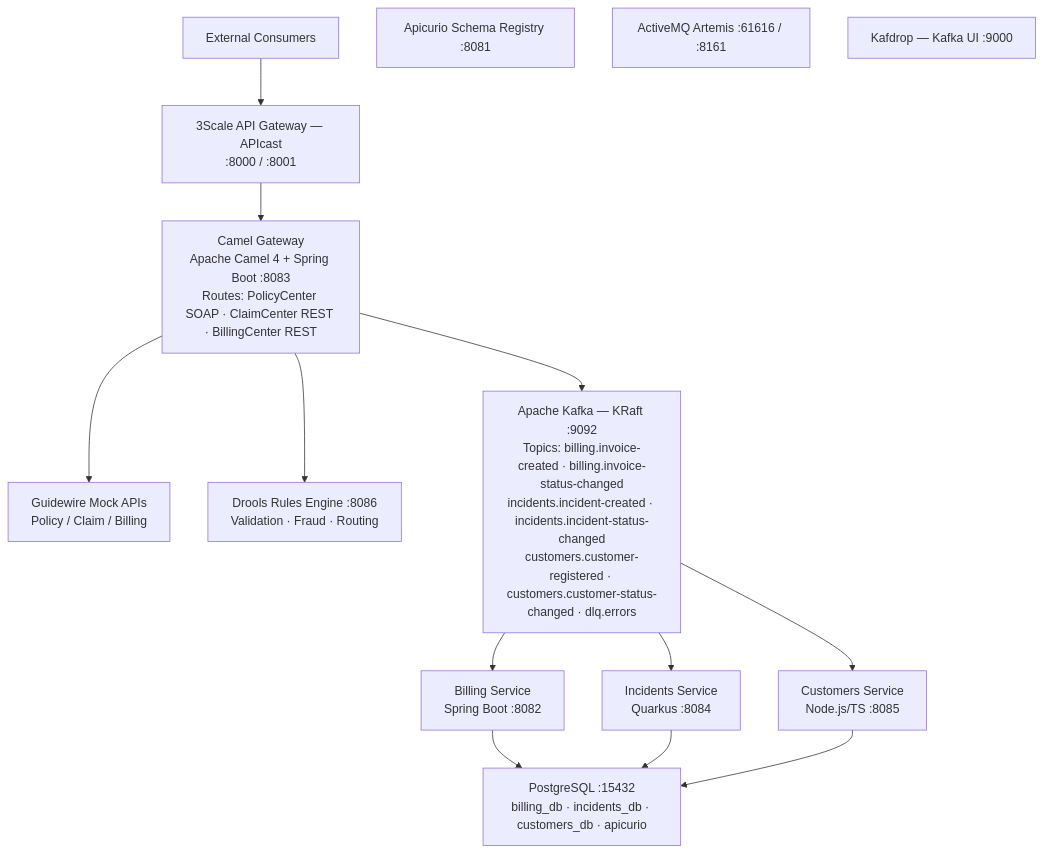
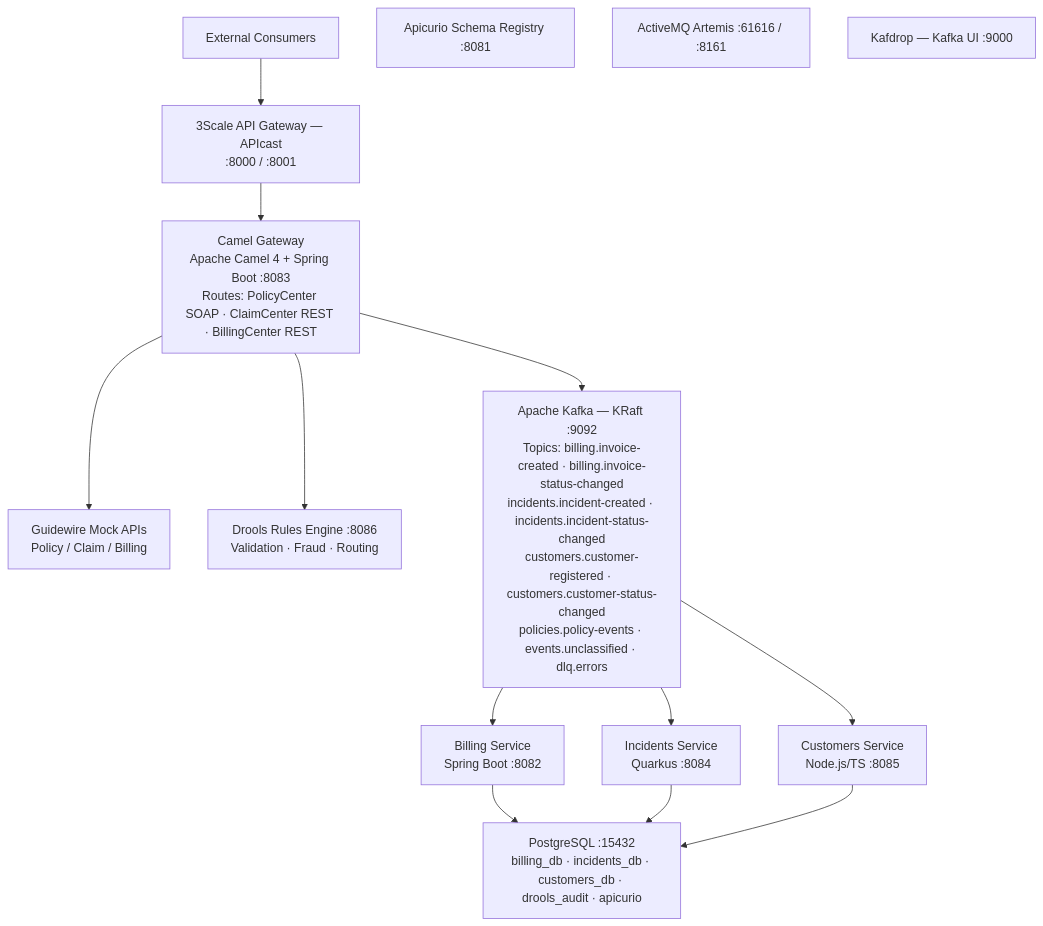
Before and after one commit to monghithub/guidewire: the first of 7 diagrams in openspecs/docs/architecture/README.md, drawn with Mermaid. The commit also changed 5 other files, not shown here.

````diff
--- a/openspecs/docs/architecture/README.md
+++ b/openspecs/docs/architecture/README.md
@@ -32,36 +32,36 @@
 ```mermaid
 graph TD
     consumers["External Consumers"]
     consumers --> threescale
 
     threescale["3Scale API Gateway — APIcast<br/>:8000 / :8001"]
     threescale --> camel
 
     camel["Camel Gateway<br/>Apache Camel 4 + Spring Boot :8083<br/>Routes: PolicyCenter SOAP · ClaimCenter REST · BillingCenter REST"]
     camel --> gwmock
     camel --> drools
     camel --> kafka
 
     gwmock["Guidewire Mock APIs<br/>Policy / Claim / Billing"]
     drools["Drools Rules Engine :8086<br/>Validation · Fraud · Routing"]
 
-    kafka["Apache Kafka — KRaft :9092<br/>Topics: billing.invoice-created · billing.invoice-status-changed<br/>incidents.incident-created · incidents.incident-status-changed<br/>customers.customer-registered · customers.customer-status-changed · dlq.errors"]
+    kafka["Apache Kafka — KRaft :9092<br/>Topics: billing.invoice-created · billing.invoice-status-changed<br/>incidents.incident-created · incidents.incident-status-changed<br/>customers.customer-registered · customers.customer-status-changed<br/>policies.policy-events · events.unclassified · dlq.errors"]
 
     kafka --> billing
     kafka --> incidents
     kafka --> customers
 
     billing["Billing Service<br/>Spring Boot :8082"]
     incidents["Incidents Service<br/>Quarkus :8084"]
     customers["Customers Service<br/>Node.js/TS :8085"]
 
     billing --> pg
     incidents --> pg
     customers --> pg
 
-    pg["PostgreSQL :15432<br/>billing_db · incidents_db · customers_db · apicurio"]
+    pg["PostgreSQL :15432<br/>billing_db · incidents_db · customers_db · drools_audit · apicurio"]
 
     apicurio["Apicurio Schema Registry :8081"]
     activemq["ActiveMQ Artemis :61616 / :8161"]
     kafdrop["Kafdrop — Kafka UI :9000"]
 ```
````
